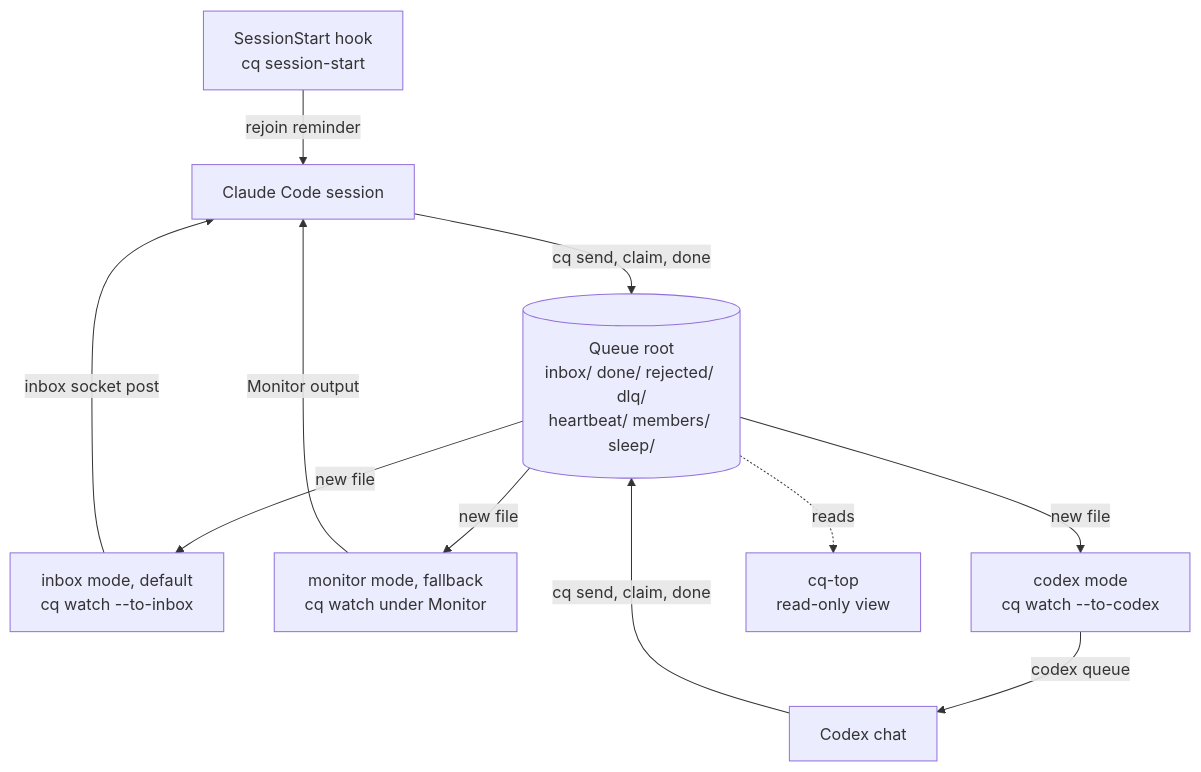
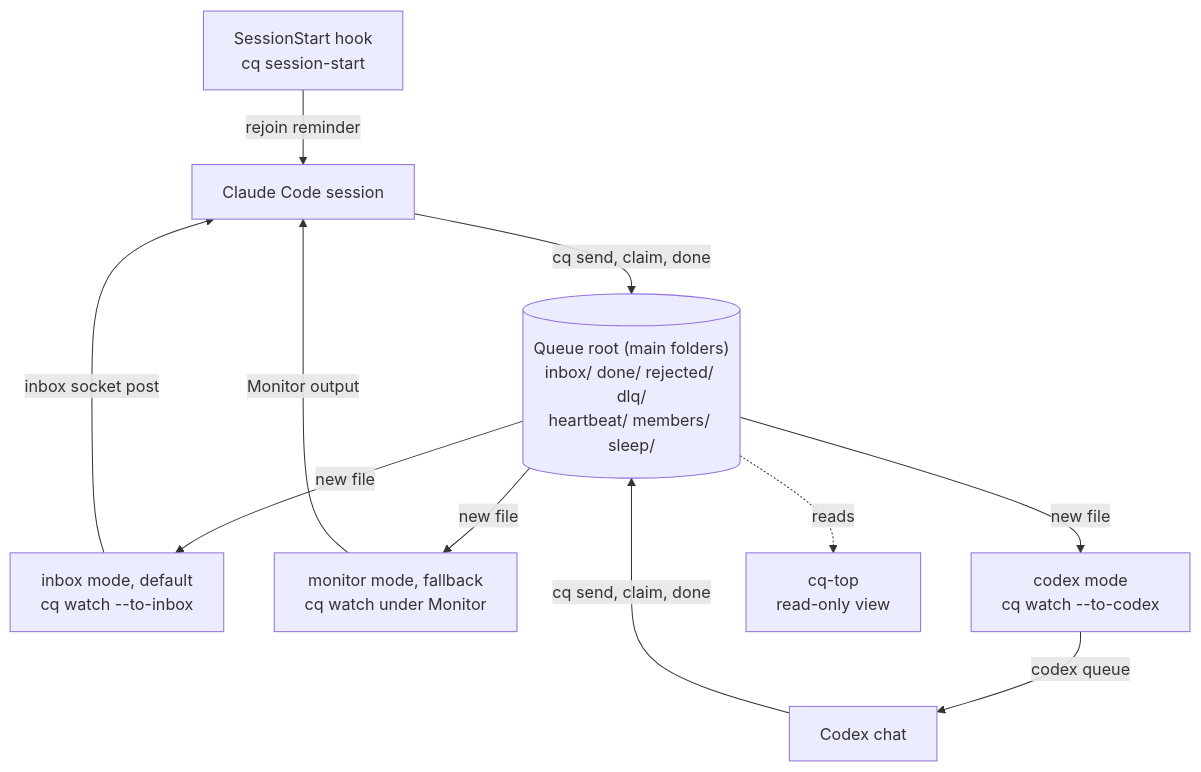
The first of 2 diagrams in README.md (niklasrichardson/session-queue), drawn with Mermaid before and after one commit. The commit also changed other lines of this file, not shown here.

Commit message:
README: describe file operations accurately and mark the folder list as partial

````diff
--- a/README.md
+++ b/README.md
@@ -15,22 +15,22 @@
 ```mermaid
 flowchart TB
     HK["SessionStart hook<br/>cq session-start"]
     CC["Claude Code session"]
     CX["Codex chat"]
-    R[("Queue root<br/>inbox/ done/ rejected/ dlq/<br/>heartbeat/ members/ sleep/")]
+    R[("Queue root (main folders)<br/>inbox/ done/ rejected/ dlq/<br/>heartbeat/ members/ sleep/")]
     WI["inbox mode, default<br/>cq watch --to-inbox"]
     WM["monitor mode, fallback<br/>cq watch under Monitor"]
     WC["codex mode<br/>cq watch --to-codex"]
     TOP["cq-top<br/>read-only view"]
 
     HK -->|"rejoin reminder"| CC
     CC -->|"cq send, claim, done"| R
     CX -->|"cq send, claim, done"| R
     R -->|"new file"| WI
     R -->|"new file"| WM
     R -->|"new file"| WC
     WI -->|"inbox socket post"| CC
     WM -->|"Monitor output"| CC
     WC -->|"codex queue"| CX
     R -.->|"reads"| TOP
 ```
````
